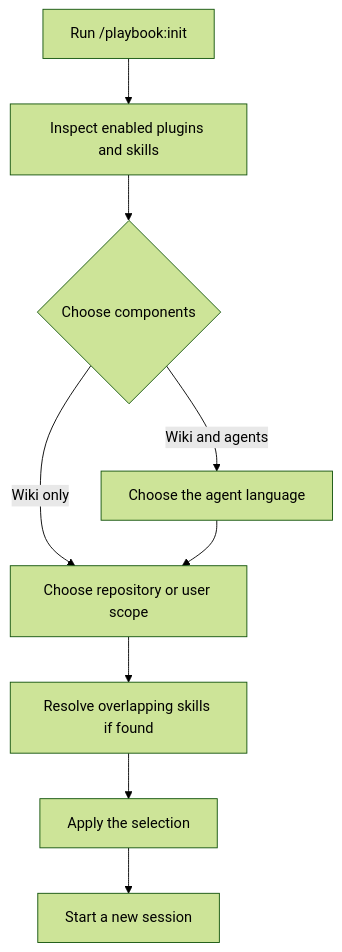
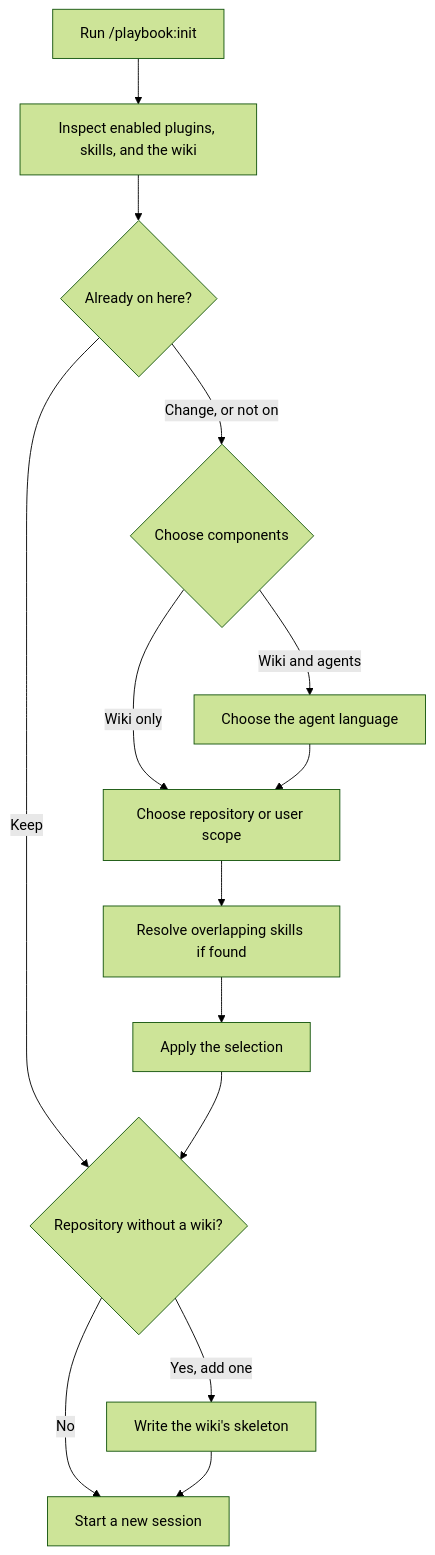
The diagram in plugins/playbook/README.md (andresfrei/playbook), drawn with Mermaid (forest theme) before and after one commit. The commit also changed other lines of this file and 11 other files, not shown here.

````diff
--- a/plugins/playbook/README.md
+++ b/plugins/playbook/README.md
@@ -7,11 +7,16 @@
 ```mermaid
 flowchart TD
-    start["Run /playbook:init"] --> scan["Inspect enabled plugins and skills"]
-    scan --> choice{"Choose components"}
+    start["Run /playbook:init"] --> scan["Inspect enabled plugins, skills, and the wiki"]
+    scan --> on{"Already on here?"}
+    on -->|Keep| wiki
+    on -->|Change, or not on| choice{"Choose components"}
     choice -->|Wiki only| scope["Choose repository or user scope"]
     choice -->|Wiki and agents| language["Choose the agent language"]
     language --> scope
     scope --> conflicts["Resolve overlapping skills if found"]
     conflicts --> apply["Apply the selection"]
-    apply --> next["Start a new session"]
+    apply --> wiki{"Repository without a wiki?"}
+    wiki -->|Yes, add one| skeleton["Write the wiki's skeleton"]
+    wiki -->|No| next["Start a new session"]
+    skeleton --> next
 ```
````
